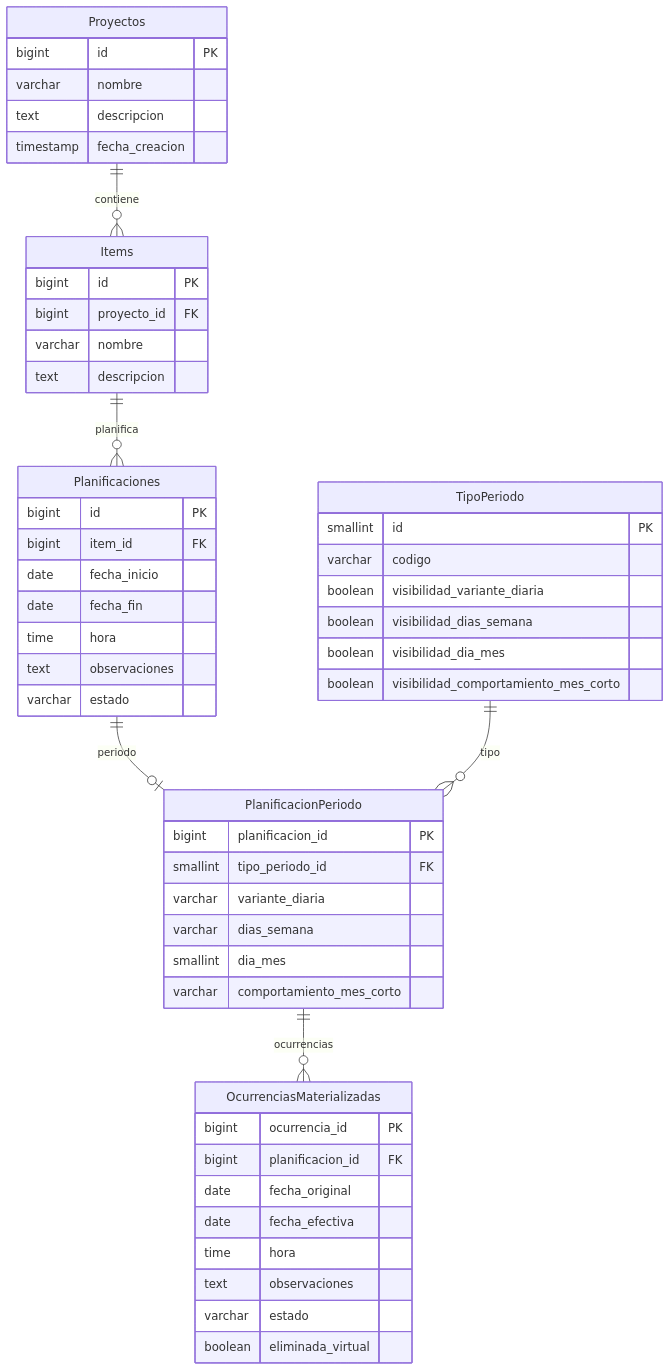
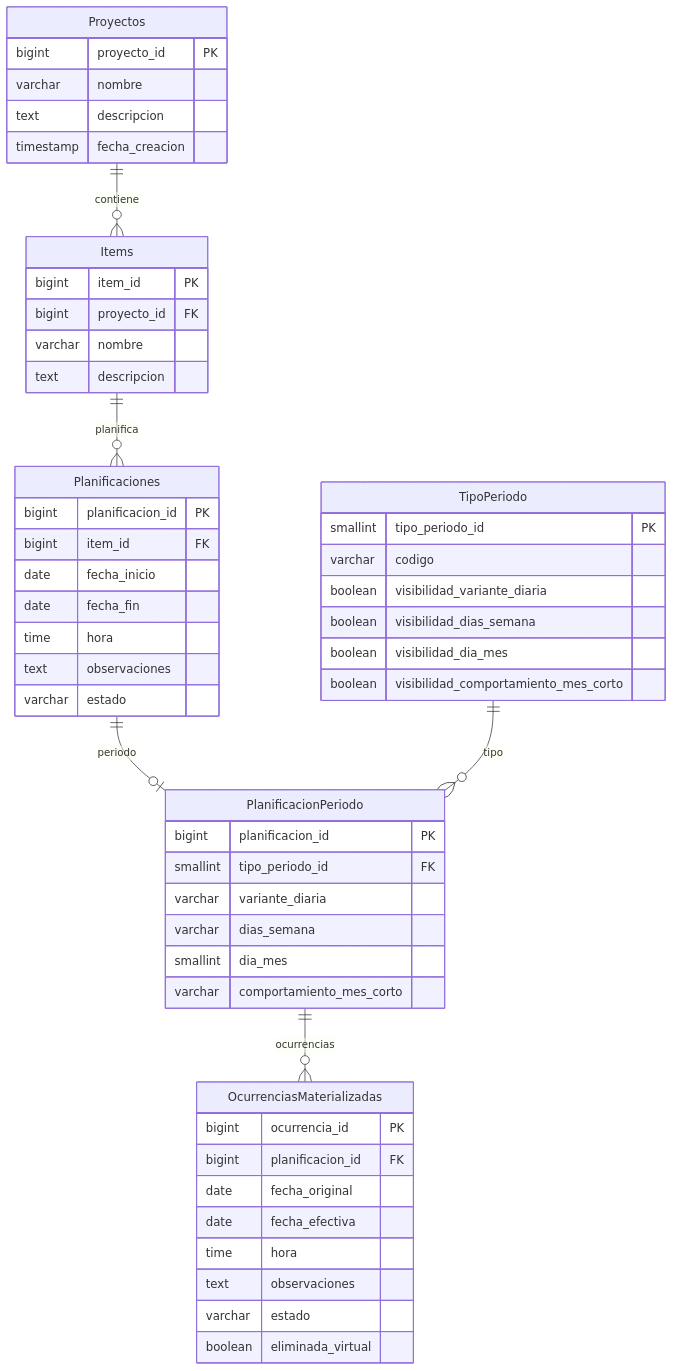
One commit to serpegon11710-byte/Planificacion_2.0 changed the diagram in docs/entidades/modelo-entidad-relacion.md. Above: the diagram before and after it, drawn with Mermaid. The commit also changed other lines of this file and 11 other files, not shown here.

````diff
--- a/docs/entidades/modelo-entidad-relacion.md
+++ b/docs/entidades/modelo-entidad-relacion.md
@@ -20,64 +22,64 @@
 ```mermaid
 erDiagram
     Proyectos ||--o{ Items : contiene
     Items ||--o{ Planificaciones : planifica
 
     Planificaciones ||--o| PlanificacionPeriodo : periodo
 
     TipoPeriodo ||--o{ PlanificacionPeriodo : tipo
 
     PlanificacionPeriodo ||--o{ OcurrenciasMaterializadas : ocurrencias
 
     Proyectos {
-        bigint id PK
+        bigint proyecto_id PK
         varchar nombre
         text descripcion
         timestamp fecha_creacion
     }
 
     Items {
-        bigint id PK
+        bigint item_id PK
         bigint proyecto_id FK
         varchar nombre
         text descripcion
     }
 
     Planificaciones {
-        bigint id PK
+        bigint planificacion_id PK
         bigint item_id FK
         date fecha_inicio
         date fecha_fin
         time hora
         text observaciones
         varchar estado
     }
 
     TipoPeriodo {
-        smallint id PK
+        smallint tipo_periodo_id PK
         varchar codigo
         boolean visibilidad_variante_diaria
         boolean visibilidad_dias_semana
         boolean visibilidad_dia_mes
         boolean visibilidad_comportamiento_mes_corto
     }
 
     PlanificacionPeriodo {
         bigint planificacion_id PK
         smallint tipo_periodo_id FK
         varchar variante_diaria
         varchar dias_semana
         smallint dia_mes
         varchar comportamiento_mes_corto
     }
 
     OcurrenciasMaterializadas {
         bigint ocurrencia_id PK
         bigint planificacion_id FK
         date fecha_original
         date fecha_efectiva
         time hora
         text observaciones
         varchar estado
         boolean eliminada_virtual
     }
 ```
````
